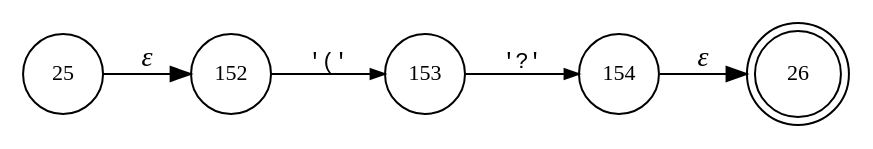
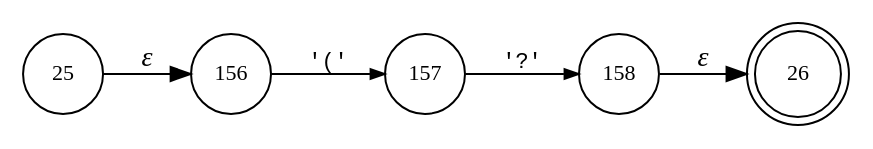
The diagram in internal/parser/BundLexer.T__12.dot (vulogov/Bund2), drawn with Graphviz before and after one commit. The commit also changed 205 other files, not shown here.

```diff
--- a/internal/parser/BundLexer.T__12.dot
+++ b/internal/parser/BundLexer.T__12.dot
@@ -1,12 +1,12 @@
 digraph ATN {
 rankdir=LR;
 s26[fontsize=11, label="26", shape=doublecircle, fixedsize=true, width=.6];
-s152[fontsize=11,label="152", shape=circle, fixedsize=true, width=.55, peripheries=1];
 s25[fontsize=11,label="25", shape=circle, fixedsize=true, width=.55, peripheries=1];
-s153[fontsize=11,label="153", shape=circle, fixedsize=true, width=.55, peripheries=1];
-s154[fontsize=11,label="154", shape=circle, fixedsize=true, width=.55, peripheries=1];
-s25 -> s152 [fontname="Times-Italic", label="&epsilon;"];
-s152 -> s153 [fontsize=11, fontname="Courier", arrowsize=.7, label = "'('", arrowhead = normal];
-s153 -> s154 [fontsize=11, fontname="Courier", arrowsize=.7, label = "'?'", arrowhead = normal];
-s154 -> s26 [fontname="Times-Italic", label="&epsilon;"];
+s156[fontsize=11,label="156", shape=circle, fixedsize=true, width=.55, peripheries=1];
+s157[fontsize=11,label="157", shape=circle, fixedsize=true, width=.55, peripheries=1];
+s158[fontsize=11,label="158", shape=circle, fixedsize=true, width=.55, peripheries=1];
+s25 -> s156 [fontname="Times-Italic", label="&epsilon;"];
+s156 -> s157 [fontsize=11, fontname="Courier", arrowsize=.7, label = "'('", arrowhead = normal];
+s157 -> s158 [fontsize=11, fontname="Courier", arrowsize=.7, label = "'?'", arrowhead = normal];
+s158 -> s26 [fontname="Times-Italic", label="&epsilon;"];
 }
```
